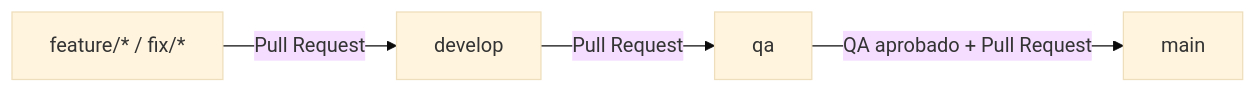
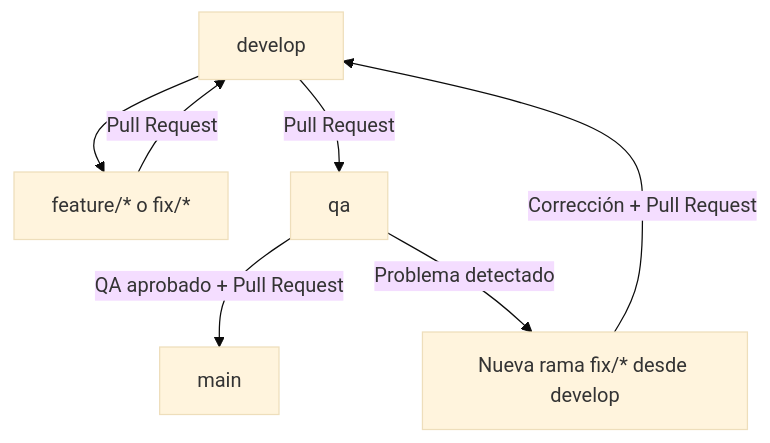
Before and after one commit to bootcamp-uchile-2026/grupo-2-backend: the second of 2 diagrams in README.md, drawn with Mermaid (base theme). The commit also changed other lines of this file, not shown here.

Commit message:
Se modificaron los esquemas y se reemplazaron por unos en mermaid

````diff
--- a/README.md
+++ b/README.md
@@ -240,6 +228,9 @@
 ```mermaid
-flowchart LR
-    A["feature/* / fix/*"] -->|Pull Request| B["develop"]
-    B -->|Pull Request| C["qa"]
+flowchart TD
+    A["develop"] --> B["feature/* o fix/*"]
+    B -->|Pull Request| A
+    A -->|Pull Request| C["qa"]
     C -->|QA aprobado + Pull Request| D["main"]
+    C -->|Problema detectado| E["Nueva rama fix/* desde develop"]
+    E -->|Corrección + Pull Request| A
 ```
````
